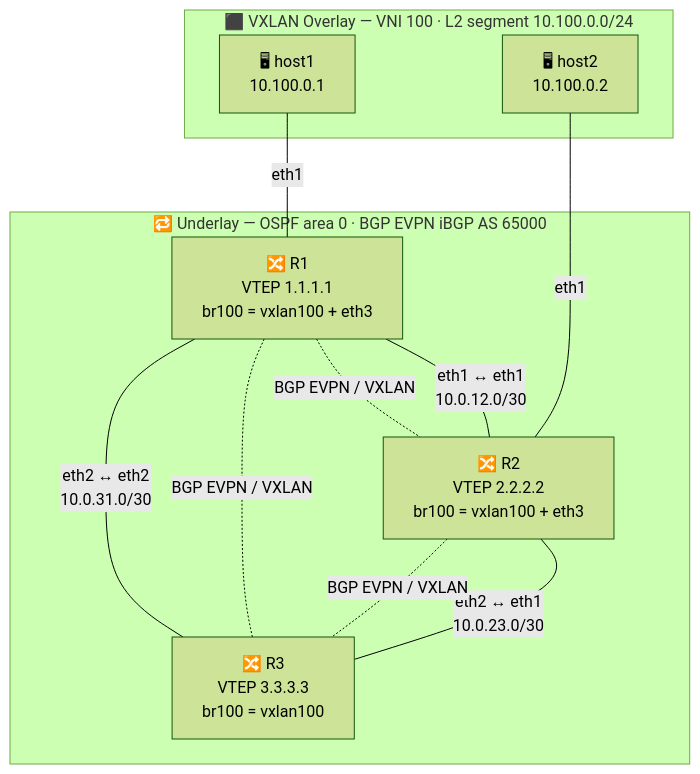
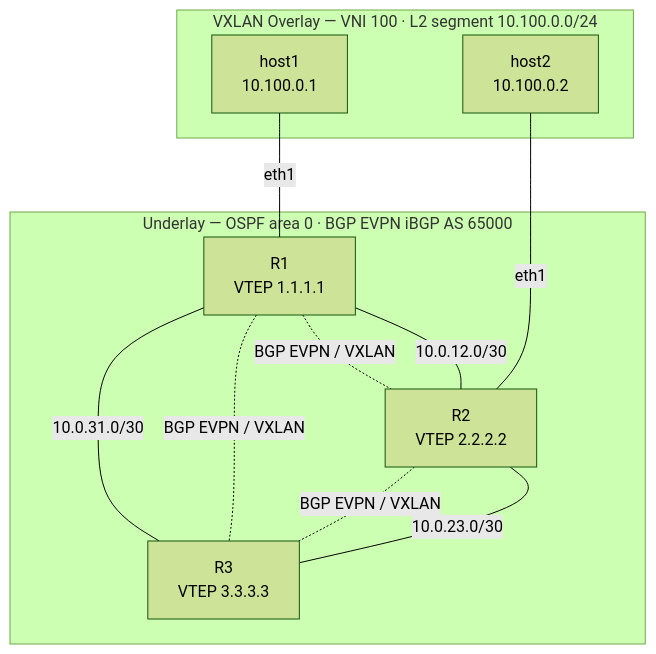
The diagram in README.md (sherifmka2004/frr-vxlan-evpn-lab), drawn with Mermaid (forest theme) before and after one commit.

Commit message:
docs: fix Mermaid labels - use <br/> instead of \n, remove emojis

````diff
--- a/README.md
+++ b/README.md
@@ -7,24 +7,24 @@
 ```mermaid
 graph TB
-    subgraph overlay["⬛  VXLAN Overlay — VNI 100  ·  L2 segment 10.100.0.0/24"]
-        H1["🖥 host1\n10.100.0.1"]
-        H2["🖥 host2\n10.100.0.2"]
+    subgraph overlay["VXLAN Overlay — VNI 100 · L2 segment 10.100.0.0/24"]
+        H1["host1<br/>10.100.0.1"]
+        H2["host2<br/>10.100.0.2"]
     end
 
     H1 -- eth1 --- R1
     H2 -- eth1 --- R2
 
-    subgraph underlay["🔁  Underlay — OSPF area 0  ·  BGP EVPN iBGP AS 65000"]
-        R1["🔀 R1\nVTEP 1.1.1.1\nbr100 = vxlan100 + eth3"]
-        R2["🔀 R2\nVTEP 2.2.2.2\nbr100 = vxlan100 + eth3"]
-        R3["🔀 R3\nVTEP 3.3.3.3\nbr100 = vxlan100"]
+    subgraph underlay["Underlay — OSPF area 0 · BGP EVPN iBGP AS 65000"]
+        R1["R1<br/>VTEP 1.1.1.1"]
+        R2["R2<br/>VTEP 2.2.2.2"]
+        R3["R3<br/>VTEP 3.3.3.3"]
     end
 
-    R1 -- "eth1 ↔ eth1\n10.0.12.0/30" --- R2
-    R2 -- "eth2 ↔ eth1\n10.0.23.0/30" --- R3
-    R3 -- "eth2 ↔ eth2\n10.0.31.0/30" --- R1
+    R1 -- "10.0.12.0/30" --- R2
+    R2 -- "10.0.23.0/30" --- R3
+    R3 -- "10.0.31.0/30" --- R1
 
     R1 -. "BGP EVPN / VXLAN" .- R2
     R1 -. "BGP EVPN / VXLAN" .- R3
     R2 -. "BGP EVPN / VXLAN" .- R3
 ```
````
